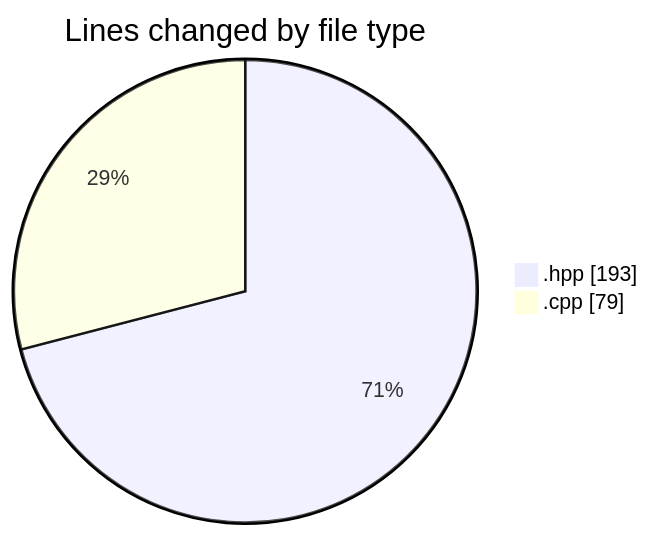
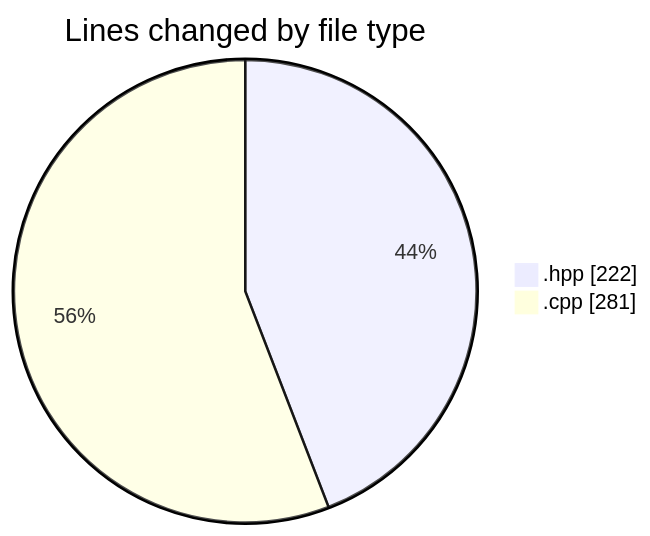
Before and after one commit to Netris89/code-tracking: the first of 2 diagrams in 2025-05-03/date/README.md, drawn with Mermaid. The commit also changed other lines of this file and 1 other file, not shown here.

````diff
--- a/2025-05-03/date/README.md
+++ b/2025-05-03/date/README.md
@@ -28,6 +28,6 @@
 ```mermaid
 pie showData
 title Lines changed by file type
-".hpp" : 193
-".cpp" : 79
+".hpp" : 222
+".cpp" : 281
 ```
````
